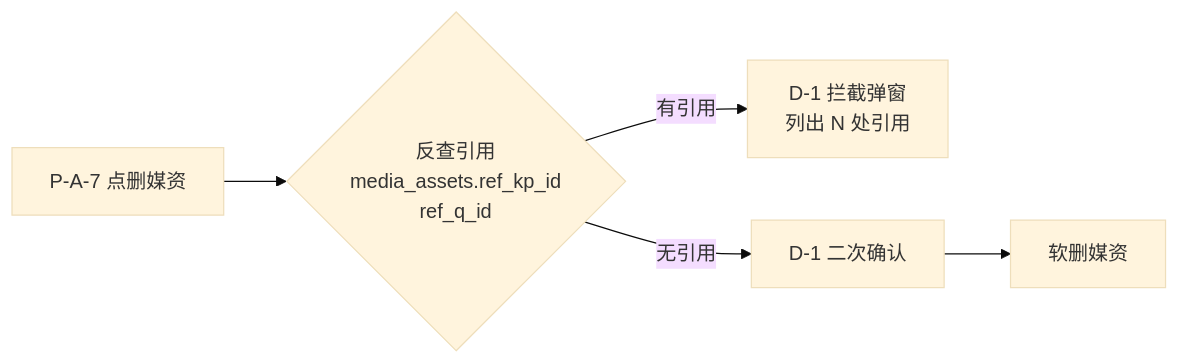
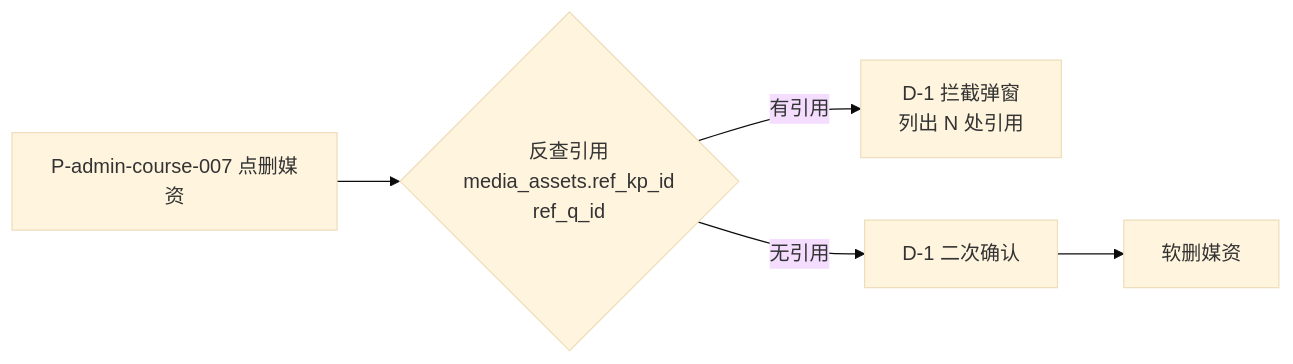
The fourth of 7 diagrams in docs/C01-requirements/course/flows/exception-flow.md (foryou2026/chinese), drawn with Mermaid (base theme) before and after one commit. The commit also changed other lines of this file and 423 other files, not shown here.

````diff
--- a/docs/C01-requirements/course/flows/exception-flow.md
+++ b/docs/C01-requirements/course/flows/exception-flow.md
@@ -42,7 +42,7 @@
 ```mermaid
 flowchart LR
-  A[P-A-7 点删媒资] --> B{反查引用<br/>media_assets.ref_kp_id<br/>ref_q_id}
+  A[P-admin-course-007 点删媒资] --> B{反查引用<br/>media_assets.ref_kp_id<br/>ref_q_id}
   B -- 有引用 --> C[D-1 拦截弹窗<br/>列出 N 处引用]
   B -- 无引用 --> D[D-1 二次确认]
   D --> E[软删媒资]
 ```
````
